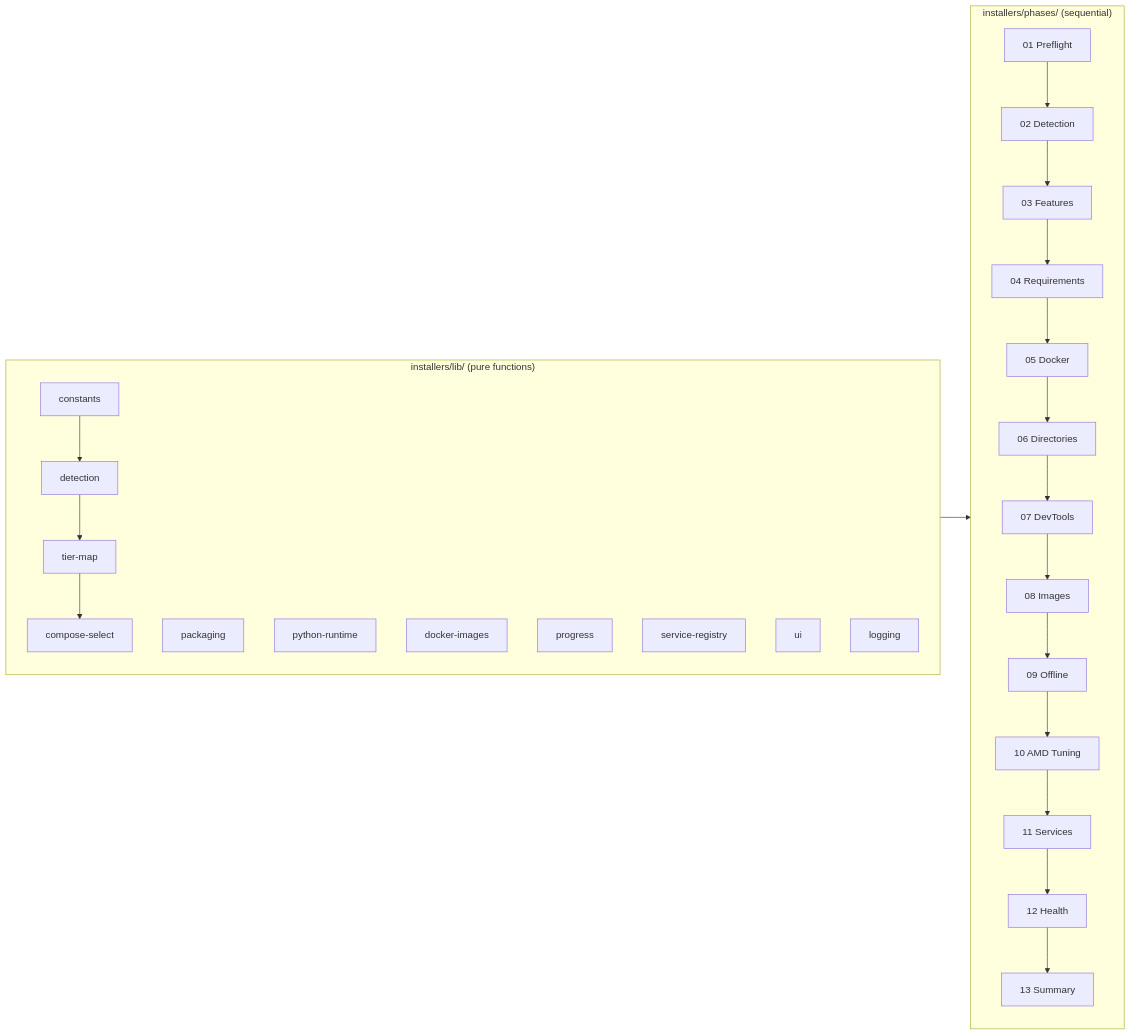
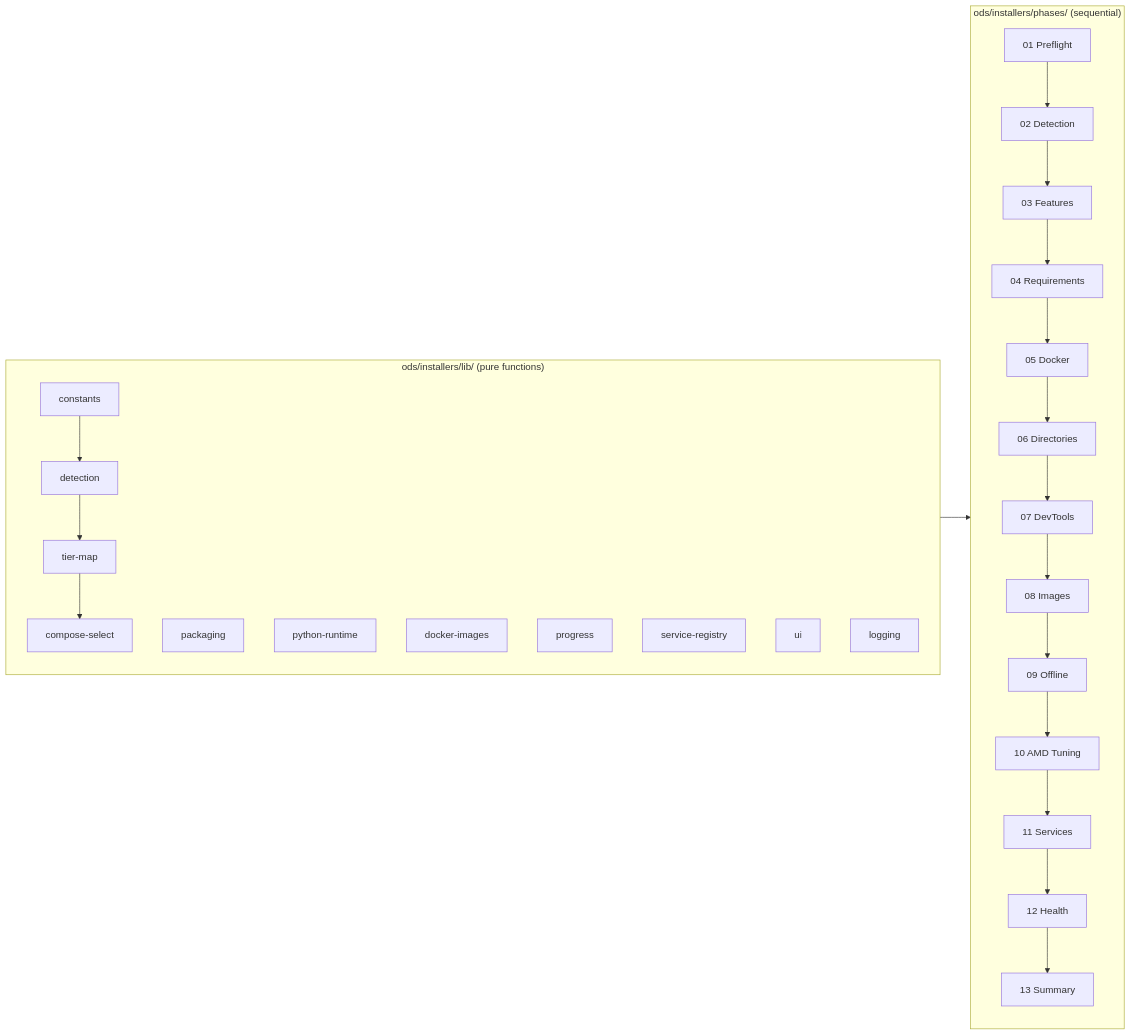
Before and after one commit to Light-Heart-Labs/Lighthouse-AI: the second of 3 diagrams in ARCHITECTURE.md, drawn with Mermaid. The commit also changed other lines of this file and 1 other file, not shown here.

Commit message:
docs(architecture): anchor paths at repository root

````diff
--- a/ARCHITECTURE.md
+++ b/ARCHITECTURE.md
@@ -175,32 +175,32 @@
 ```mermaid
 graph LR
-    subgraph Libraries["installers/lib/ (pure functions)"]
+    subgraph Libraries["ods/installers/lib/ (pure functions)"]
         C[constants] --> D[detection]
         D --> T[tier-map]
         T --> CS[compose-select]
         P[packaging]
         PY[python-runtime]
         DI[docker-images]
         PR[progress]
         SR[service-registry]
         U[ui]
         L[logging]
     end
 
-    subgraph Phases["installers/phases/ (sequential)"]
+    subgraph Phases["ods/installers/phases/ (sequential)"]
         P01["01 Preflight"] --> P02["02 Detection"]
         P02 --> P03["03 Features"]
         P03 --> P04["04 Requirements"]
         P04 --> P05["05 Docker"]
         P05 --> P06["06 Directories"]
         P06 --> P07["07 DevTools"]
         P07 --> P08["08 Images"]
         P08 --> P09["09 Offline"]
         P09 --> P10["10 AMD Tuning"]
         P10 --> P11["11 Services"]
         P11 --> P12["12 Health"]
         P12 --> P13["13 Summary"]
     end
 
     Libraries --> Phases
 ```
````
